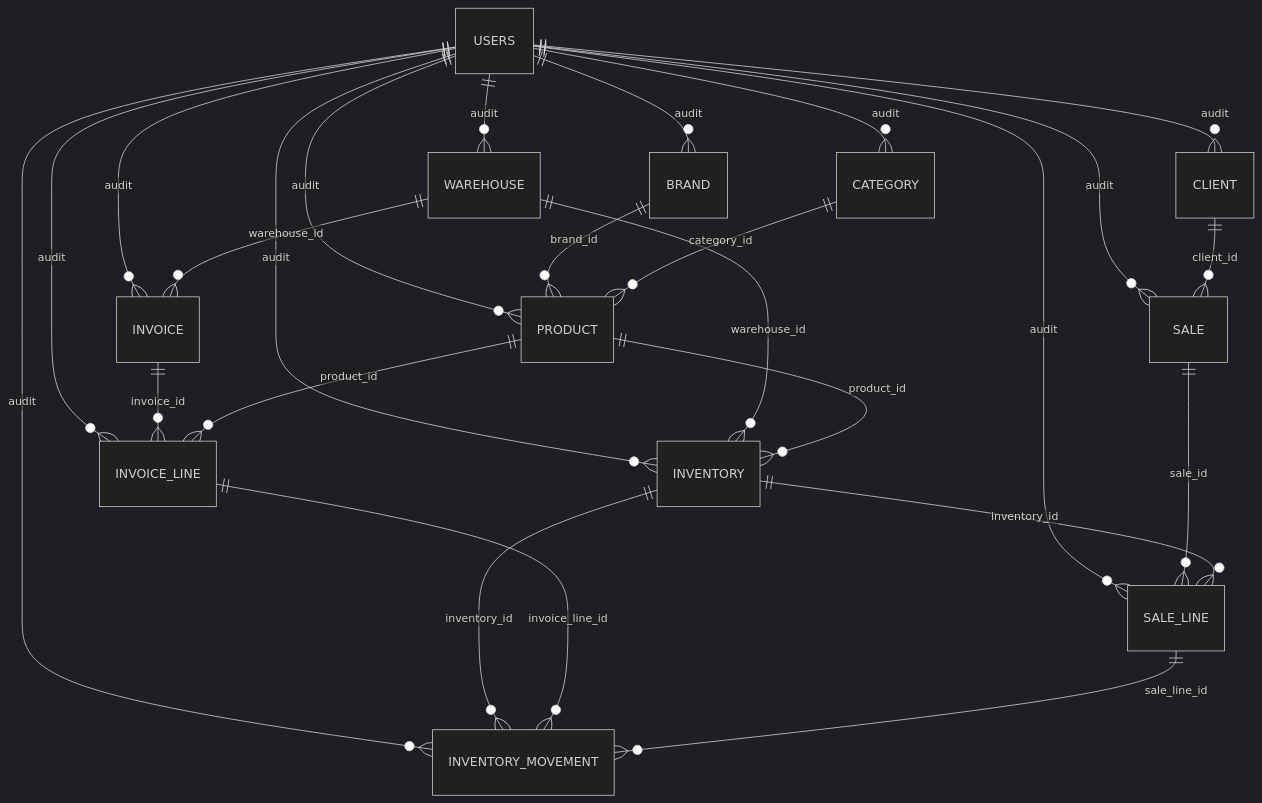
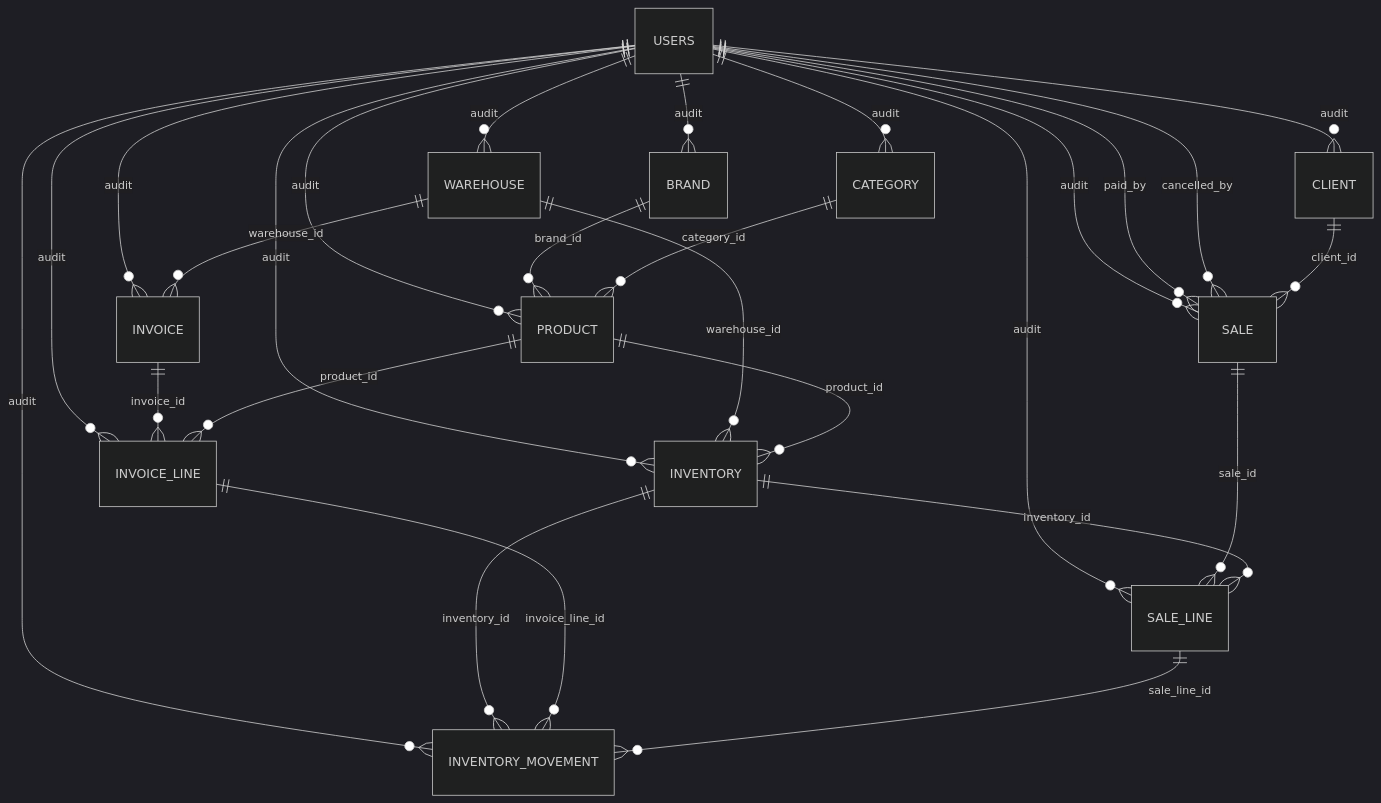
The diagram in docs/backend-current-logic.md (AngelZap99/jafepa_fastapi), drawn with Mermaid (dark theme) before and after one commit. The commit also changed other lines of this file and 22 other files, not shown here.

````diff
--- a/docs/backend-current-logic.md
+++ b/docs/backend-current-logic.md
@@ -87,28 +76,31 @@
 ```mermaid
 erDiagram
     USERS ||--o{ BRAND : audit
     USERS ||--o{ CATEGORY : audit
     USERS ||--o{ CLIENT : audit
     USERS ||--o{ WAREHOUSE : audit
     USERS ||--o{ PRODUCT : audit
     USERS ||--o{ INVENTORY : audit
     USERS ||--o{ INVENTORY_MOVEMENT : audit
     USERS ||--o{ INVOICE : audit
     USERS ||--o{ INVOICE_LINE : audit
     USERS ||--o{ SALE : audit
     USERS ||--o{ SALE_LINE : audit
+
+    USERS ||--o{ SALE : paid_by
+    USERS ||--o{ SALE : cancelled_by
 
     BRAND ||--o{ PRODUCT : brand_id
     CATEGORY ||--o{ PRODUCT : category_id
     WAREHOUSE ||--o{ INVENTORY : warehouse_id
     PRODUCT ||--o{ INVENTORY : product_id
     WAREHOUSE ||--o{ INVOICE : warehouse_id
     INVOICE ||--o{ INVOICE_LINE : invoice_id
     PRODUCT ||--o{ INVOICE_LINE : product_id
     CLIENT ||--o{ SALE : client_id
     SALE ||--o{ SALE_LINE : sale_id
     INVENTORY ||--o{ SALE_LINE : inventory_id
     INVENTORY ||--o{ INVENTORY_MOVEMENT : inventory_id
     INVOICE_LINE ||--o{ INVENTORY_MOVEMENT : invoice_line_id
     SALE_LINE ||--o{ INVENTORY_MOVEMENT : sale_line_id
 ```
````
